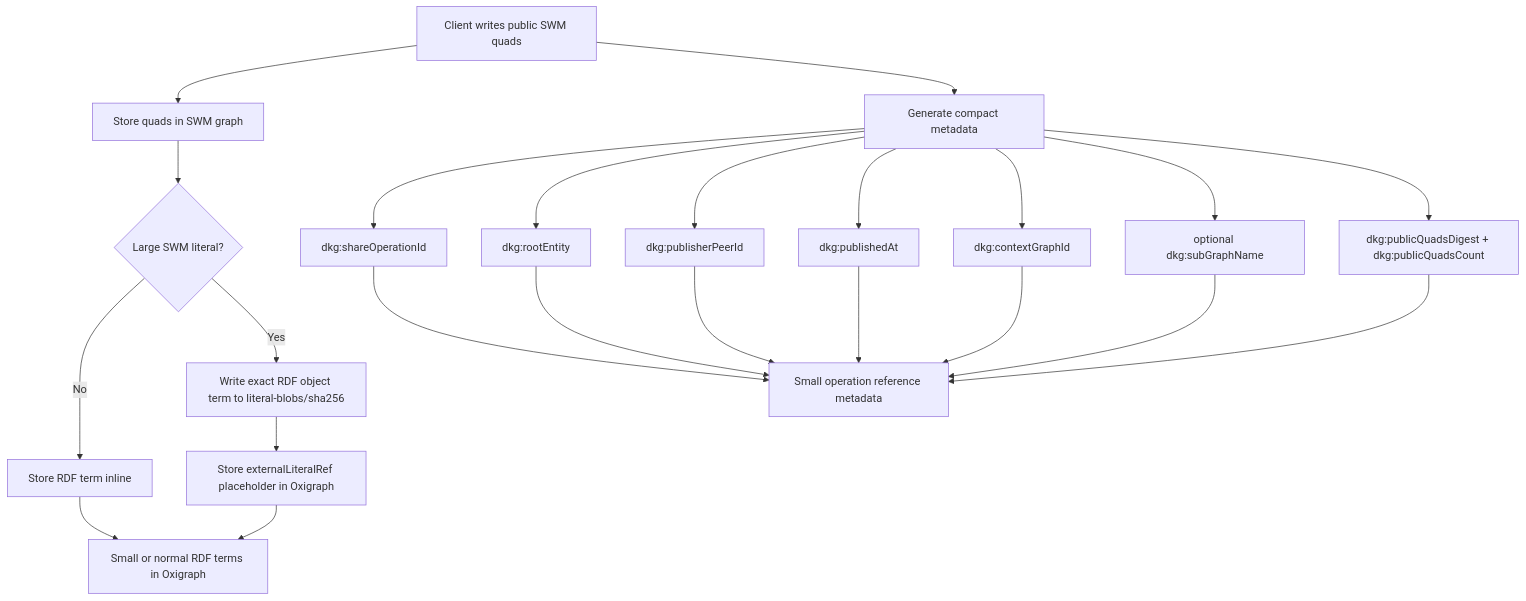
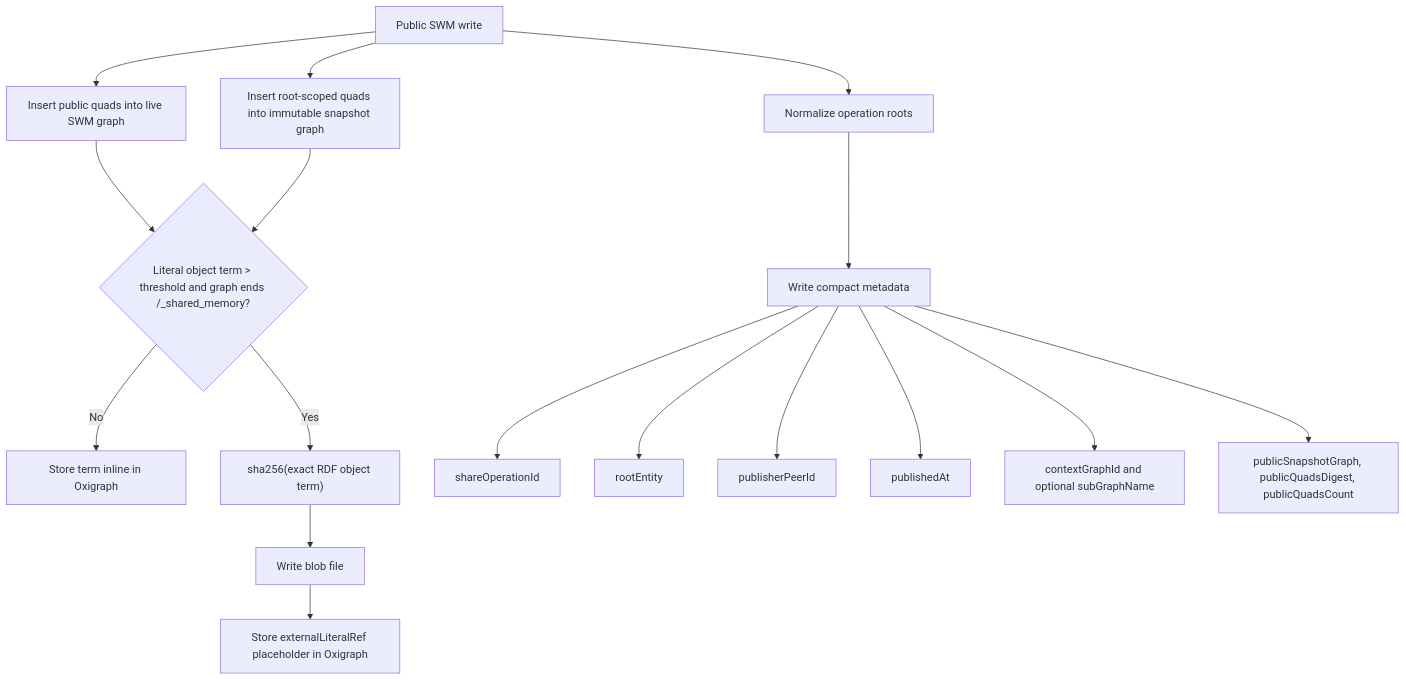
The second of 10 diagrams in docs/SWM_LARGE_PAYLOAD_STORAGE_AMPLIFICATION_PR.md (KilianTrunk/dkg), drawn with Mermaid before and after one commit. The commit also changed other lines of this file and 4 other files, not shown here.

Commit message:
Fix SWM immutable snapshots and benchmark checks

````diff
--- a/docs/SWM_LARGE_PAYLOAD_STORAGE_AMPLIFICATION_PR.md
+++ b/docs/SWM_LARGE_PAYLOAD_STORAGE_AMPLIFICATION_PR.md
@@ -76,25 +71,19 @@
 ```mermaid
 flowchart TD
-  A["Client writes public SWM quads"] --> B["Store quads in SWM graph"]
-  A --> C["Generate compact metadata"]
-  B --> L{"Large SWM literal?"}
-  L -->|No| M["Store RDF term inline"]
-  L -->|Yes| N["Write exact RDF object term to literal-blobs/sha256"]
-  N --> O["Store externalLiteralRef placeholder in Oxigraph"]
-  C --> D["dkg:shareOperationId"]
-  C --> E["dkg:rootEntity"]
-  C --> F["dkg:publisherPeerId"]
-  C --> G["dkg:publishedAt"]
-  C --> H["dkg:contextGraphId"]
-  C --> I["optional dkg:subGraphName"]
-  C --> P["dkg:publicQuadsDigest + dkg:publicQuadsCount"]
-  M --> J["Small or normal RDF terms in Oxigraph"]
-  O --> J
-  D --> K["Small operation reference metadata"]
-  E --> K
-  F --> K
-  G --> K
-  H --> K
-  I --> K
-  P --> K
+  A["Public SWM write"] --> B["Normalize operation roots"]
+  A --> C["Insert public quads into live SWM graph"]
+  A --> P["Insert root-scoped quads into immutable snapshot graph"]
+  B --> D["Write compact metadata"]
+  C --> E{"Literal object term > threshold and graph ends /_shared_memory?"}
+  P --> E
+  E -->|No| F["Store term inline in Oxigraph"]
+  E -->|Yes| G["sha256(exact RDF object term)"]
+  G --> H["Write blob file"]
+  H --> I["Store externalLiteralRef placeholder in Oxigraph"]
+  D --> J["shareOperationId"]
+  D --> K["rootEntity"]
+  D --> L["publisherPeerId"]
+  D --> M["publishedAt"]
+  D --> N["contextGraphId and optional subGraphName"]
+  D --> O["publicSnapshotGraph, publicQuadsDigest, publicQuadsCount"]
 ```
````
